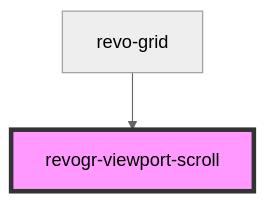
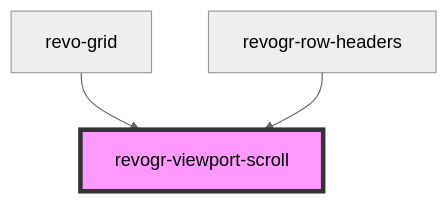
Before and after one commit to revolist/revogrid: the diagram in src/components/scroll/readme.md, drawn with Mermaid (neutral theme). The commit also changed other lines of this file and 35 other files, not shown here.

````diff
--- a/src/components/scroll/readme.md
+++ b/src/components/scroll/readme.md
@@ -53,5 +54,6 @@
 ```mermaid
 graph TD;
   revo-grid --> revogr-viewport-scroll
+  revogr-row-headers --> revogr-viewport-scroll
   style revogr-viewport-scroll fill:#f9f,stroke:#333,stroke-width:4px
 ```
````
